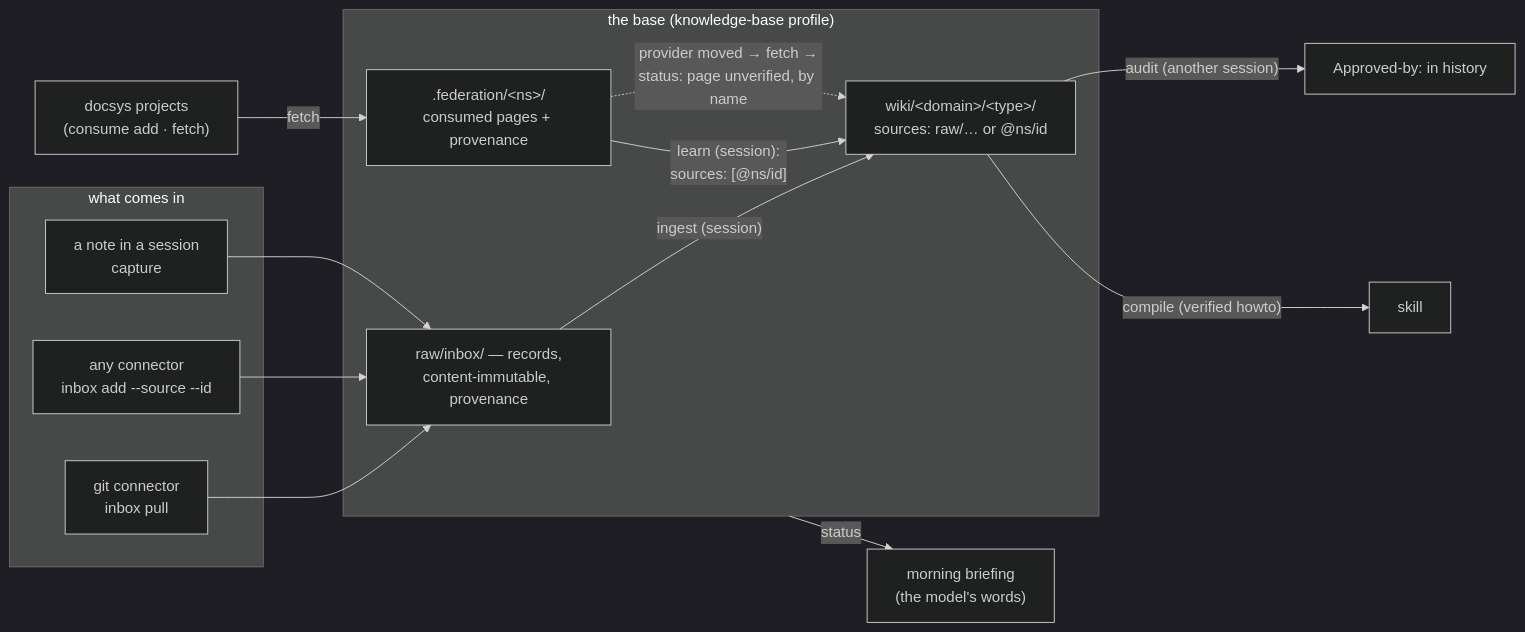
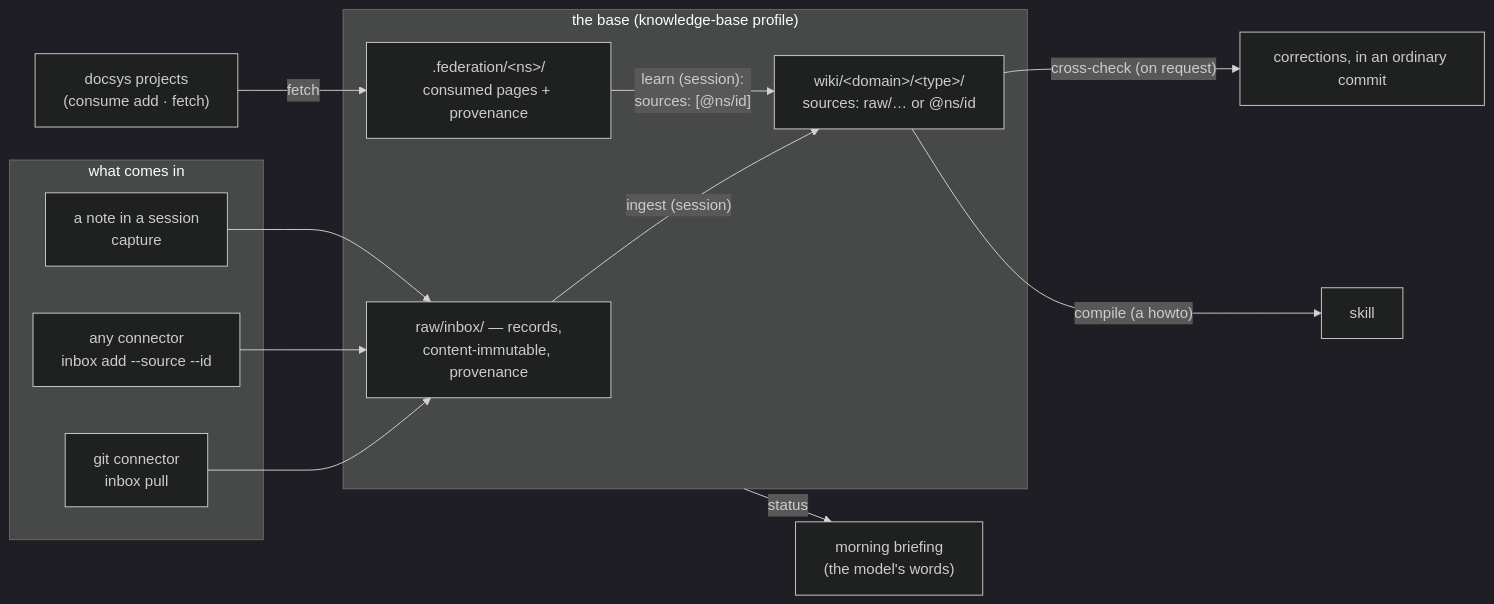
One commit to FatihErtugral/docsys changed the seventh of 7 diagrams in README.md. Above: the diagram before and after it, drawn with Mermaid (dark theme). The commit also changed other lines of this file and 117 other files, not shown here.

````diff
--- a/README.md
+++ b/README.md
@@ -366,22 +341,21 @@
 ```mermaid
 flowchart LR
     subgraph IN["what comes in"]
         GIT["git connector<br/>inbox pull"]
         CONN["any connector<br/>inbox add --source --id"]
         NOTE["a note in a session<br/>capture"]
     end
     subgraph BASE["the base (knowledge-base profile)"]
         RAW["raw/inbox/ — records,<br/>content-immutable, provenance"]
         WIKI["wiki/&lt;domain&gt;/&lt;type&gt;/<br/>sources: raw/… or @ns/id"]
         FED[".federation/&lt;ns&gt;/<br/>consumed pages + provenance"]
     end
     PROJ["docsys projects<br/>(consume add · fetch)"]
     GIT & CONN & NOTE --> RAW
     RAW -- "ingest (session)" --> WIKI
     PROJ -- "fetch" --> FED
     FED -- "learn (session):<br/>sources: [@ns/id]" --> WIKI
-    WIKI -- "audit (another session)" --> VER["Approved-by: in history"]
-    FED -. "provider moved → fetch →<br/>status: page unverified, by name" .-> WIKI
-    WIKI -- "compile (verified howto)" --> SKILL["skill"]
+    WIKI -- "cross-check (on request)" --> FIX["corrections, in an ordinary commit"]
+    WIKI -- "compile (a howto)" --> SKILL["skill"]
     BASE -- "status" --> BRIEF["morning briefing<br/>(the model's words)"]
 ```
````
